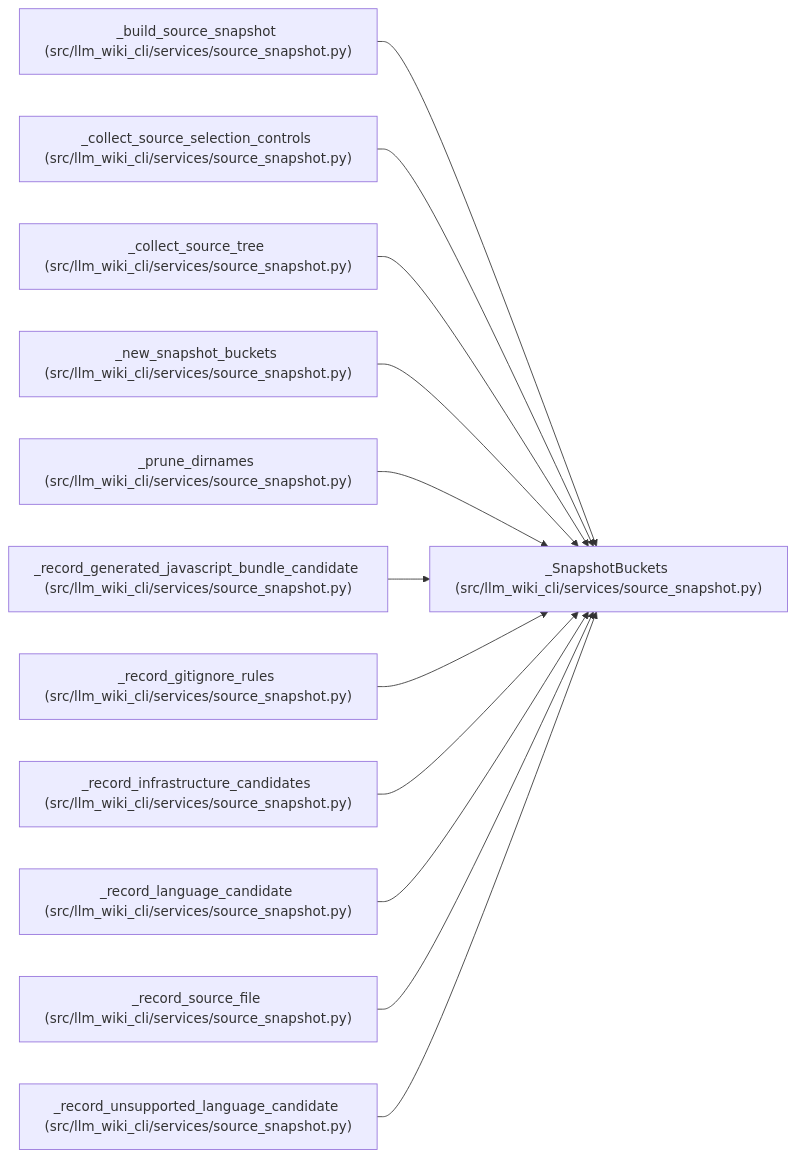
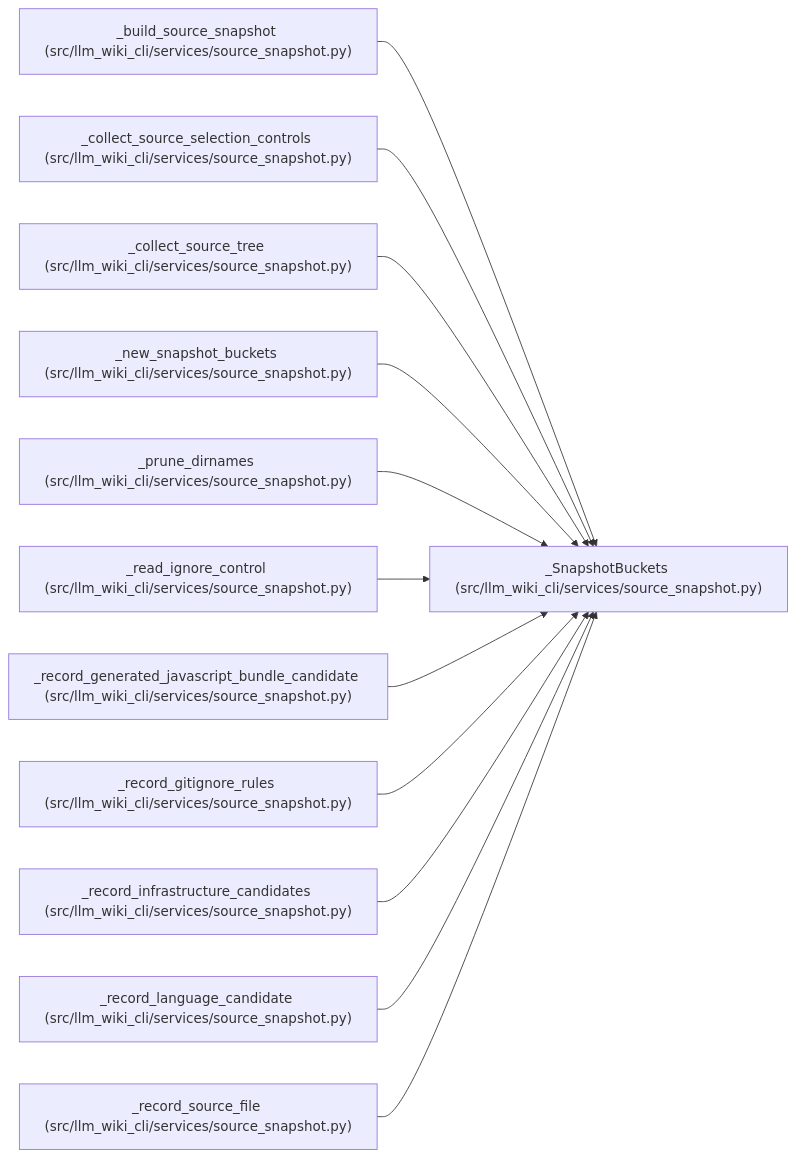
One commit to Denissvgn/python-wiki-llm changed the diagram in docs/llm_wiki/entities/SnapshotBuckets.md. Above: the diagram before and after it, drawn with Mermaid. The commit also changed other lines of this file and 865 other files, not shown here.

````diff
--- a/docs/llm_wiki/entities/SnapshotBuckets.md
+++ b/docs/llm_wiki/entities/SnapshotBuckets.md
@@ -38,38 +45,38 @@
 ```mermaid
 flowchart LR
     n0["_SnapshotBuckets (src/llm_wiki_cli/services/source_snapshot.py)"]
     n1["_build_source_snapshot (src/llm_wiki_cli/services/source_snapshot.py)"]
     n2["_collect_source_selection_controls (src/llm_wiki_cli/services/source_snapshot.py)"]
     n3["_collect_source_tree (src/llm_wiki_cli/services/source_snapshot.py)"]
     n4["_new_snapshot_buckets (src/llm_wiki_cli/services/source_snapshot.py)"]
     n5["_prune_dirnames (src/llm_wiki_cli/services/source_snapshot.py)"]
-    n6["_record_generated_javascript_bundle_candidate (src/llm_wiki_cli/services/source_snapshot.py)"]
-    n7["_record_gitignore_rules (src/llm_wiki_cli/services/source_snapshot.py)"]
-    n8["_record_infrastructure_candidates (src/llm_wiki_cli/services/source_snapshot.py)"]
-    n9["_record_language_candidate (src/llm_wiki_cli/services/source_snapshot.py)"]
-    n10["_record_source_file (src/llm_wiki_cli/services/source_snapshot.py)"]
-    n11["_record_unsupported_language_candidate (src/llm_wiki_cli/services/source_snapshot.py)"]
+    n6["_read_ignore_control (src/llm_wiki_cli/services/source_snapshot.py)"]
+    n7["_record_generated_javascript_bundle_candidate (src/llm_wiki_cli/services/source_snapshot.py)"]
+    n8["_record_gitignore_rules (src/llm_wiki_cli/services/source_snapshot.py)"]
+    n9["_record_infrastructure_candidates (src/llm_wiki_cli/services/source_snapshot.py)"]
+    n10["_record_language_candidate (src/llm_wiki_cli/services/source_snapshot.py)"]
+    n11["_record_source_file (src/llm_wiki_cli/services/source_snapshot.py)"]
     n1 --> n0
     n2 --> n0
     n3 --> n0
     n4 --> n0
     n5 --> n0
     n6 --> n0
     n7 --> n0
     n8 --> n0
     n9 --> n0
     n10 --> n0
     n11 --> n0
     click n0 "../modules/source_snapshot.md"
     click n1 "../modules/source_snapshot.md"
     click n2 "../modules/source_snapshot.md"
     click n3 "../modules/source_snapshot.md"
     click n4 "../modules/source_snapshot.md"
     click n5 "../modules/source_snapshot.md"
     click n6 "../modules/source_snapshot.md"
     click n7 "../modules/source_snapshot.md"
     click n8 "../modules/source_snapshot.md"
     click n9 "../modules/source_snapshot.md"
     click n10 "../modules/source_snapshot.md"
     click n11 "../modules/source_snapshot.md"
 ```
````
